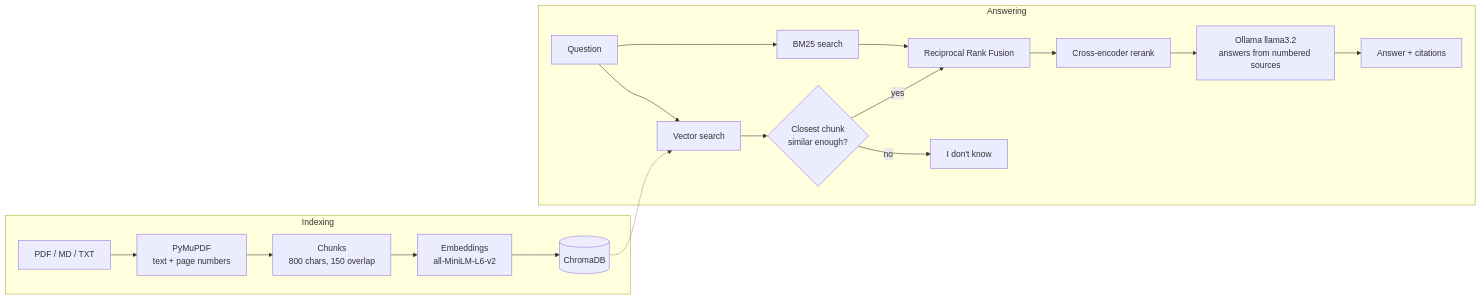
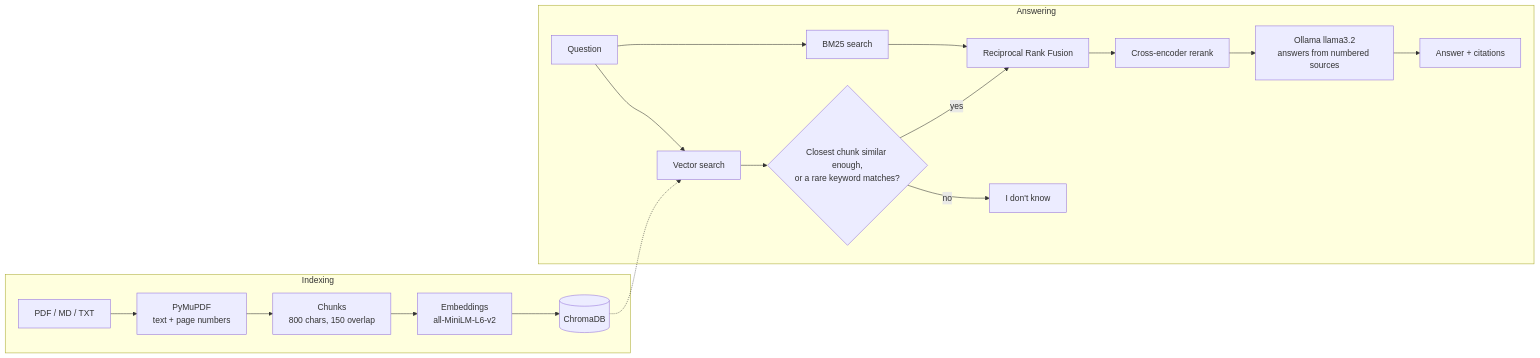
Before and after one commit to thousif-ai-portfolio/grounded-ai-knowledge-assistant: the diagram in README.md, drawn with Mermaid. The commit also changed other lines of this file and 30 other files, not shown here.

````diff
--- a/README.md
+++ b/README.md
@@ -79,21 +89,21 @@
 ```mermaid
 flowchart LR
     subgraph Indexing
         F[PDF / MD / TXT] --> P[PyMuPDF<br/>text + page numbers]
         P --> C[Chunks<br/>800 chars, 150 overlap]
         C --> E[Embeddings<br/>all-MiniLM-L6-v2]
         E --> V[(ChromaDB)]
     end
     subgraph Answering
         Q[Question] --> S1[Vector search]
         Q --> S2[BM25 search]
-        S1 --> G{Closest chunk<br/>similar enough?}
+        S1 --> G{Closest chunk similar enough,<br/>or a rare keyword matches?}
         G -- no --> IDK[I don't know]
         G -- yes --> RRF[Reciprocal Rank Fusion]
         S2 --> RRF
         RRF --> R[Cross-encoder rerank]
         R --> L[Ollama llama3.2<br/>answers from numbered sources]
         L --> A[Answer + citations]
     end
     V -.-> S1
 ```
````
